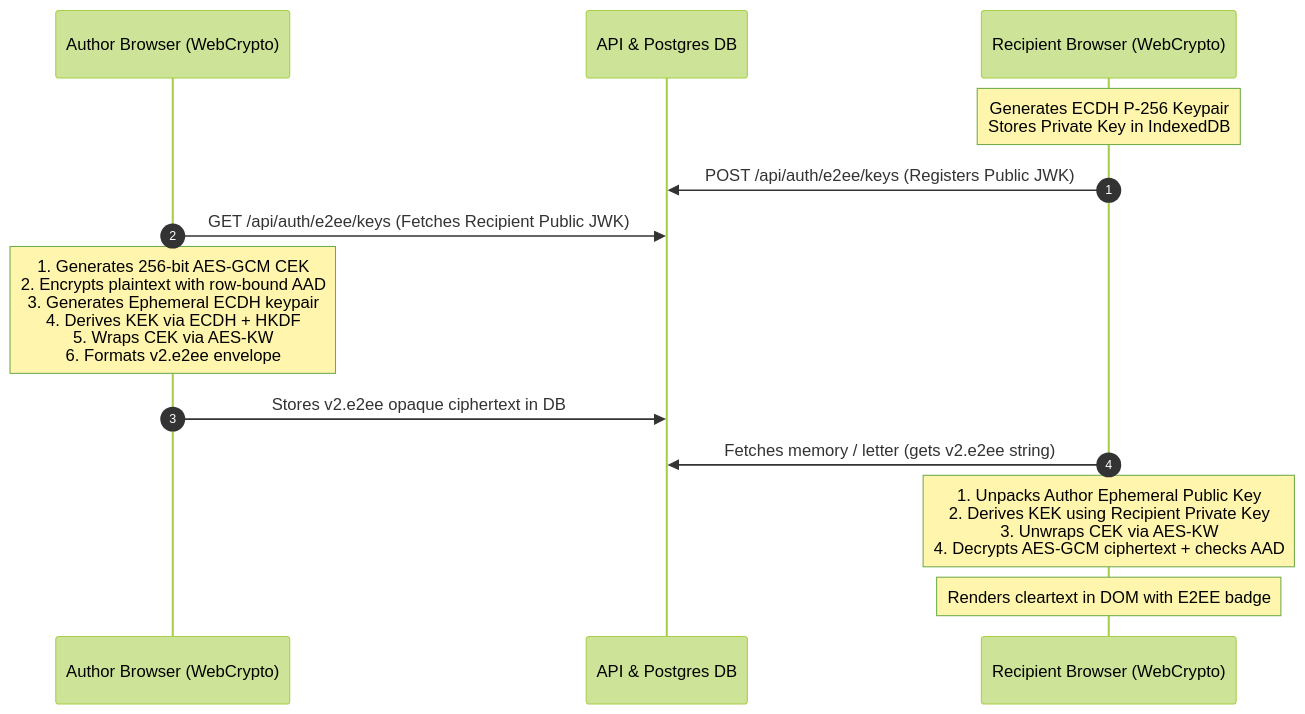
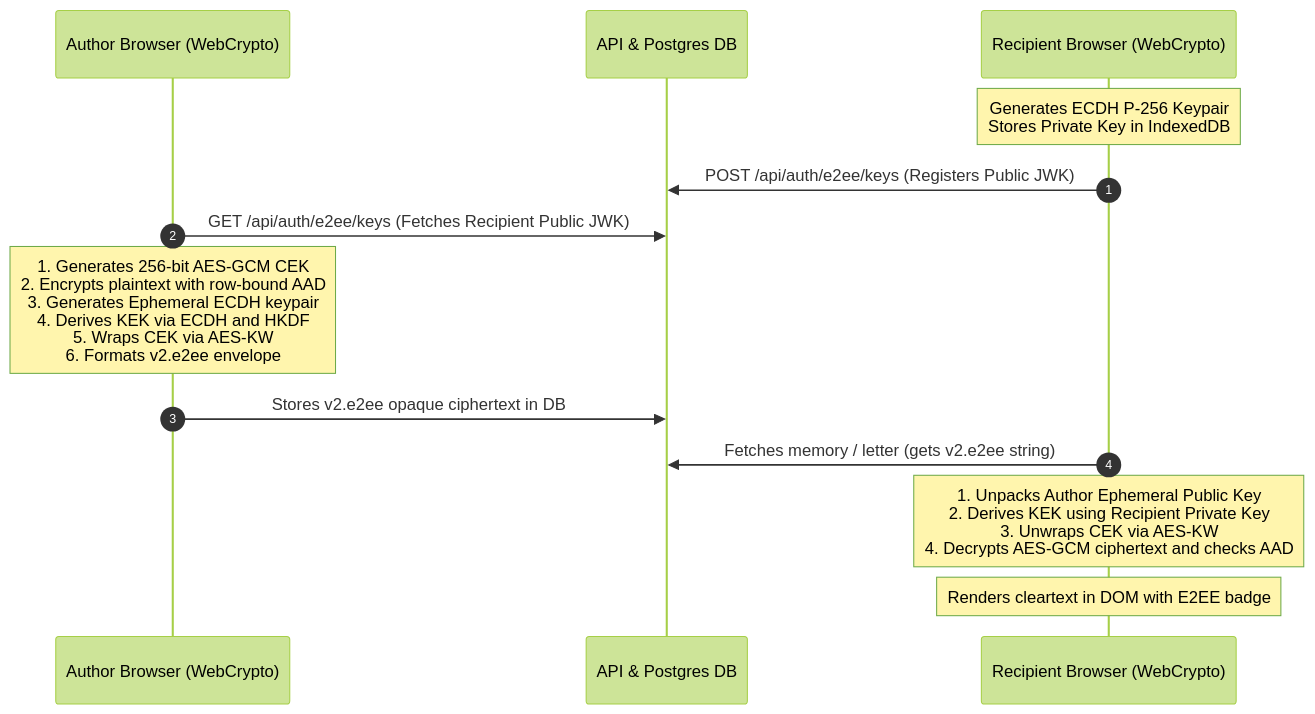
One commit to HarshkumarG007/SlowLight changed diagram 15 of 17 in README.md. Above: the diagram before and after it, drawn with Mermaid (forest theme). The commit also changed other lines of this file, not shown here.

Commit message:
docs(readme): fix GitHub Mermaid parser syntax across all sequence diagrams

````diff
--- a/README.md
+++ b/README.md
@@ -1076,16 +1076,16 @@
 ```mermaid
 sequenceDiagram
     autonumber
     participant A as Author Browser (WebCrypto)
     participant API as API & Postgres DB
     participant R as Recipient Browser (WebCrypto)
 
     Note over R: Generates ECDH P-256 Keypair<br/>Stores Private Key in IndexedDB
     R->>API: POST /api/auth/e2ee/keys (Registers Public JWK)
     A->>API: GET /api/auth/e2ee/keys (Fetches Recipient Public JWK)
-    Note over A: 1. Generates 256-bit AES-GCM CEK<br/>2. Encrypts plaintext with row-bound AAD<br/>3. Generates Ephemeral ECDH keypair<br/>4. Derives KEK via ECDH + HKDF<br/>5. Wraps CEK via AES-KW<br/>6. Formats v2.e2ee envelope
+    Note over A: 1. Generates 256-bit AES-GCM CEK<br/>2. Encrypts plaintext with row-bound AAD<br/>3. Generates Ephemeral ECDH keypair<br/>4. Derives KEK via ECDH and HKDF<br/>5. Wraps CEK via AES-KW<br/>6. Formats v2.e2ee envelope
     A->>API: Stores v2.e2ee opaque ciphertext in DB
     R->>API: Fetches memory / letter (gets v2.e2ee string)
-    Note over R: 1. Unpacks Author Ephemeral Public Key<br/>2. Derives KEK using Recipient Private Key<br/>3. Unwraps CEK via AES-KW<br/>4. Decrypts AES-GCM ciphertext + checks AAD
+    Note over R: 1. Unpacks Author Ephemeral Public Key<br/>2. Derives KEK using Recipient Private Key<br/>3. Unwraps CEK via AES-KW<br/>4. Decrypts AES-GCM ciphertext and checks AAD
     Note over R: Renders cleartext in DOM with E2EE badge
 ```
````
